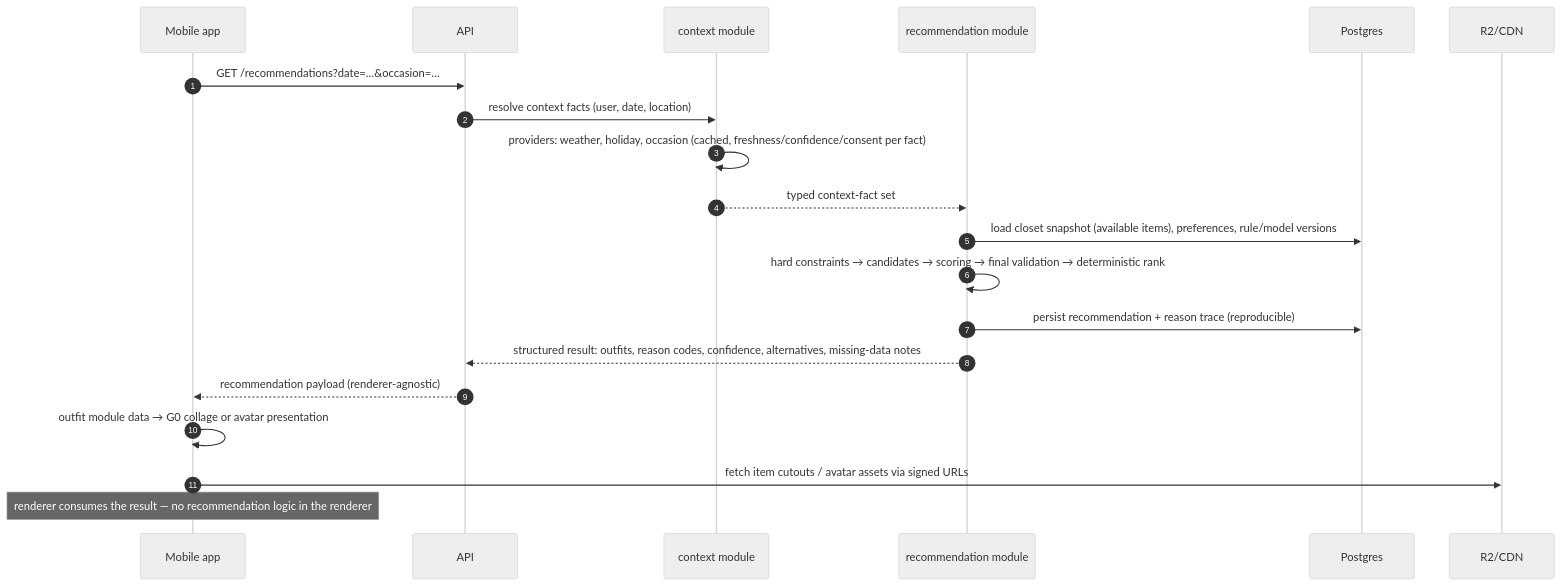
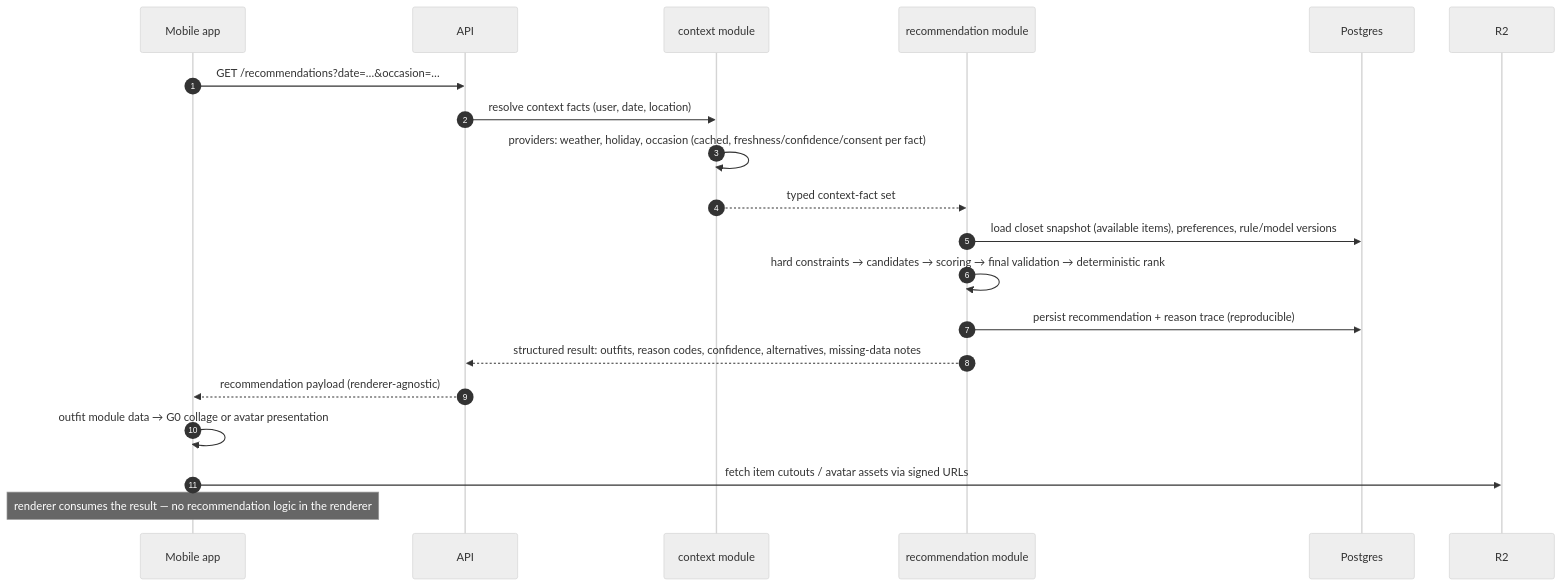
Before and after one commit to ArtMin96/ai-stylist: the fifth of 6 diagrams in planning/04-architecture.md, drawn with Mermaid (neutral theme). The commit also changed other lines of this file and 99 other files, not shown here.

````diff
--- a/planning/04-architecture.md
+++ b/planning/04-architecture.md
@@ -315,23 +315,23 @@
 ```mermaid
 sequenceDiagram
     autonumber
     participant M as Mobile app
     participant A as API
     participant CTX as context module
     participant REC as recommendation module
     participant PG as Postgres
-    participant R2 as R2/CDN
+    participant R2 as R2
 
     M->>A: GET /recommendations?date=…&occasion=…
     A->>CTX: resolve context facts (user, date, location)
     CTX->>CTX: providers: weather, holiday, occasion (cached, freshness/confidence/consent per fact)
     CTX-->>REC: typed context-fact set
     REC->>PG: load closet snapshot (available items), preferences, rule/model versions
     REC->>REC: hard constraints → candidates → scoring → final validation → deterministic rank
     REC->>PG: persist recommendation + reason trace (reproducible)
     REC-->>A: structured result: outfits, reason codes, confidence, alternatives, missing-data notes
     A-->>M: recommendation payload (renderer-agnostic)
     M->>M: outfit module data → G0 collage or avatar presentation
     M->>R2: fetch item cutouts / avatar assets via signed URLs
     Note over M: renderer consumes the result — no recommendation logic in the renderer
 ```
````
